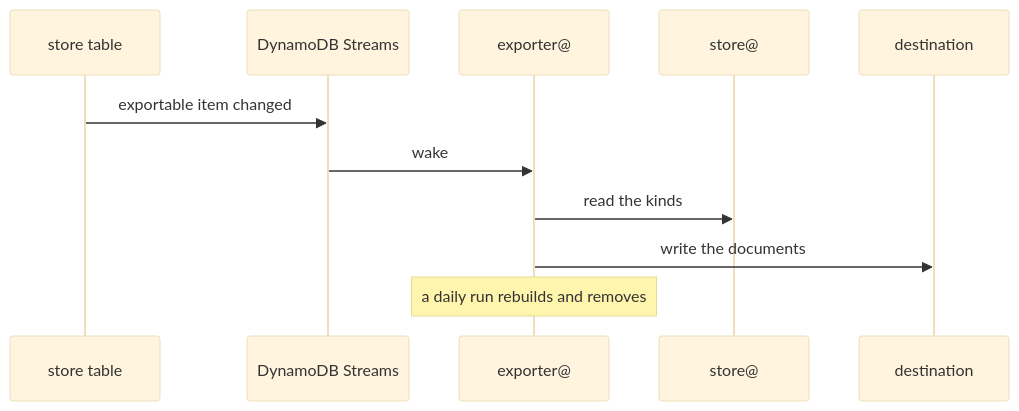
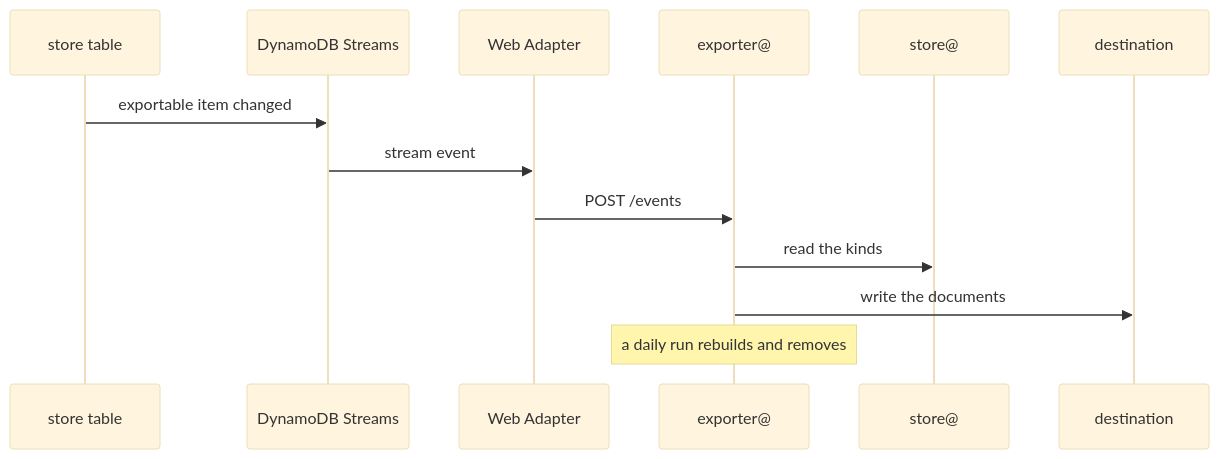
The diagram in docs/decisions/0009-export.md (truvity/sluis), drawn with Mermaid (base theme) before and after one commit. The commit also changed other lines of this file and 122 other files, not shown here.

````diff
--- a/docs/decisions/0009-export.md
+++ b/docs/decisions/0009-export.md
@@ -146,13 +109,15 @@
 ```mermaid
 sequenceDiagram
     participant T as store table
     participant S as DynamoDB Streams
+    participant A as Web Adapter
     participant E as exporter@
     participant R as store@
     participant D as destination
     T->>S: exportable item changed
-    S->>E: wake
+    S->>A: stream event
+    A->>E: POST /events
     E->>R: read the kinds
     E->>D: write the documents
     Note over E: a daily run rebuilds and removes
 ```
````
